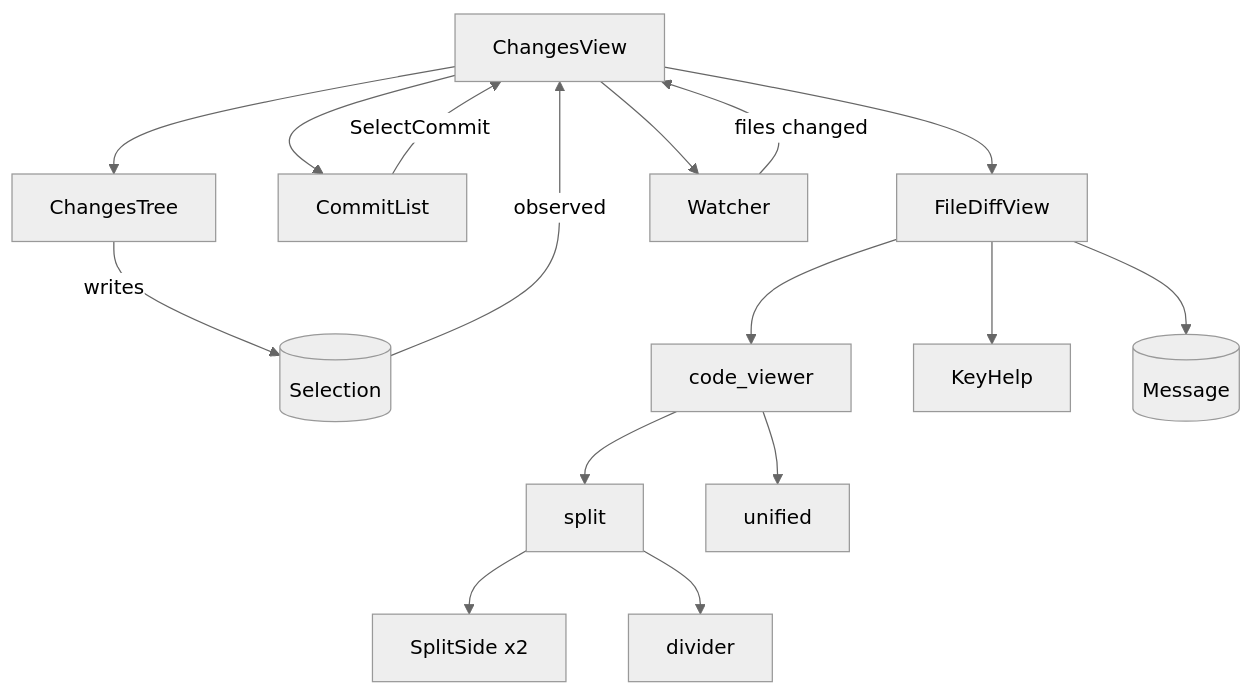
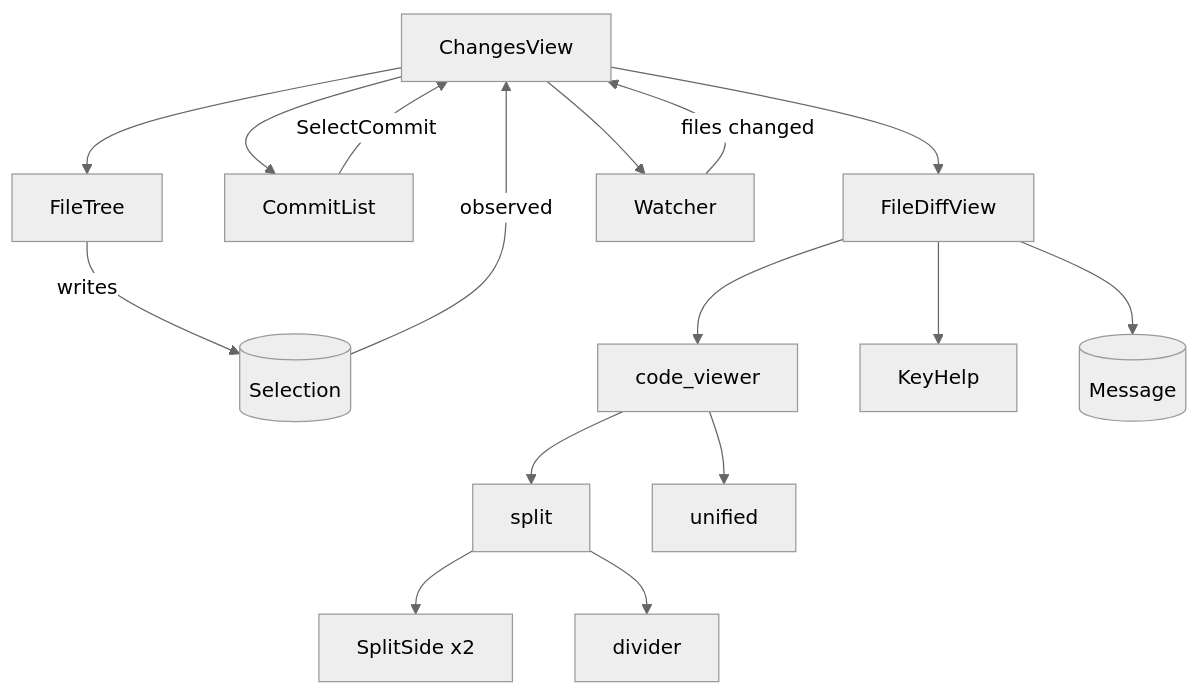
Before and after one commit to akemkers/jetdiff: the diagram in crates/jetdiff-ui/README.md, drawn with Mermaid (neutral theme). The commit also changed other lines of this file and 35 other files, not shown here.

````diff
--- a/crates/jetdiff-ui/README.md
+++ b/crates/jetdiff-ui/README.md
@@ -38,18 +38,18 @@
 ```mermaid
 graph TD
-    cv[ChangesView] --> tree[ChangesTree]
+    cv[ChangesView] --> tree[FileTree]
     cv --> commits[CommitList]
     cv --> fdv[FileDiffView]
     cv --> watcher[Watcher]
     tree -- writes --> sel[(Selection)]
     sel -- observed --> cv
     commits -- SelectCommit --> cv
     watcher -- files changed --> cv
     fdv --> viewer[code_viewer]
     viewer --> split[split]
     viewer --> unified[unified]
     split --> side[SplitSide x2]
     split --> div[divider]
     fdv --> help[KeyHelp]
     fdv --> msg[(Message)]
 ```
````
